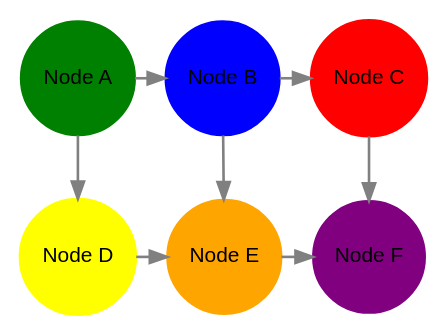
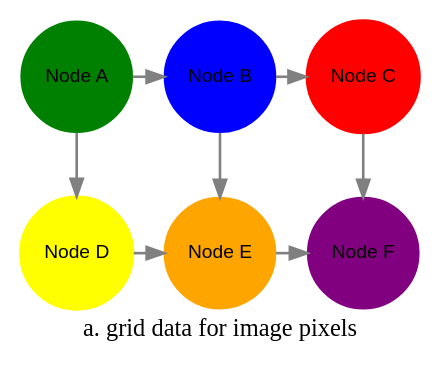
One commit to KKrampis/Bioinform-Geometric-ML-Paper changed the second of 3 diagrams in GeoDeepLearnBio.adoc. Above: the diagram before and after it, drawn with Graphviz. The commit also changed other lines of this file, not shown here.

Commit message:
added Fig.1 as xdot, fixed Fig.2 layout and all legends

```diff
--- a/GeoDeepLearnBio.adoc
+++ b/GeoDeepLearnBio.adoc
@@ -264,23 +378,25 @@
 [graphviz, target=Fig2a, format=svg]
 ....
 digraph grid_layout {
-  node [shape=circle, style=filled, color=lightblue, fontname=Arial, fontsize=12, width=0.6, height=0.6];
+
+  label="a. grid data for image pixels"
+  node [shape=circle, style=filled, color=lightblue, fontname=Arial, fontsize=11];
   edge [color=gray, penwidth=1.5];
 
   A [label="Node A", color=green];
   B [label="Node B", color=blue];
   C [label="Node C", color=red];
   D [label="Node D", color=yellow];
   E [label="Node E", color=orange];
   F [label="Node F", color=purple];
 
   {rank=same; A; B; C;}
   {rank=same; D; E; F;}
 
   A -> B -> C;
   D -> E -> F;
   A -> D;
   B -> E;
   C -> F;
 }
 ....
```
